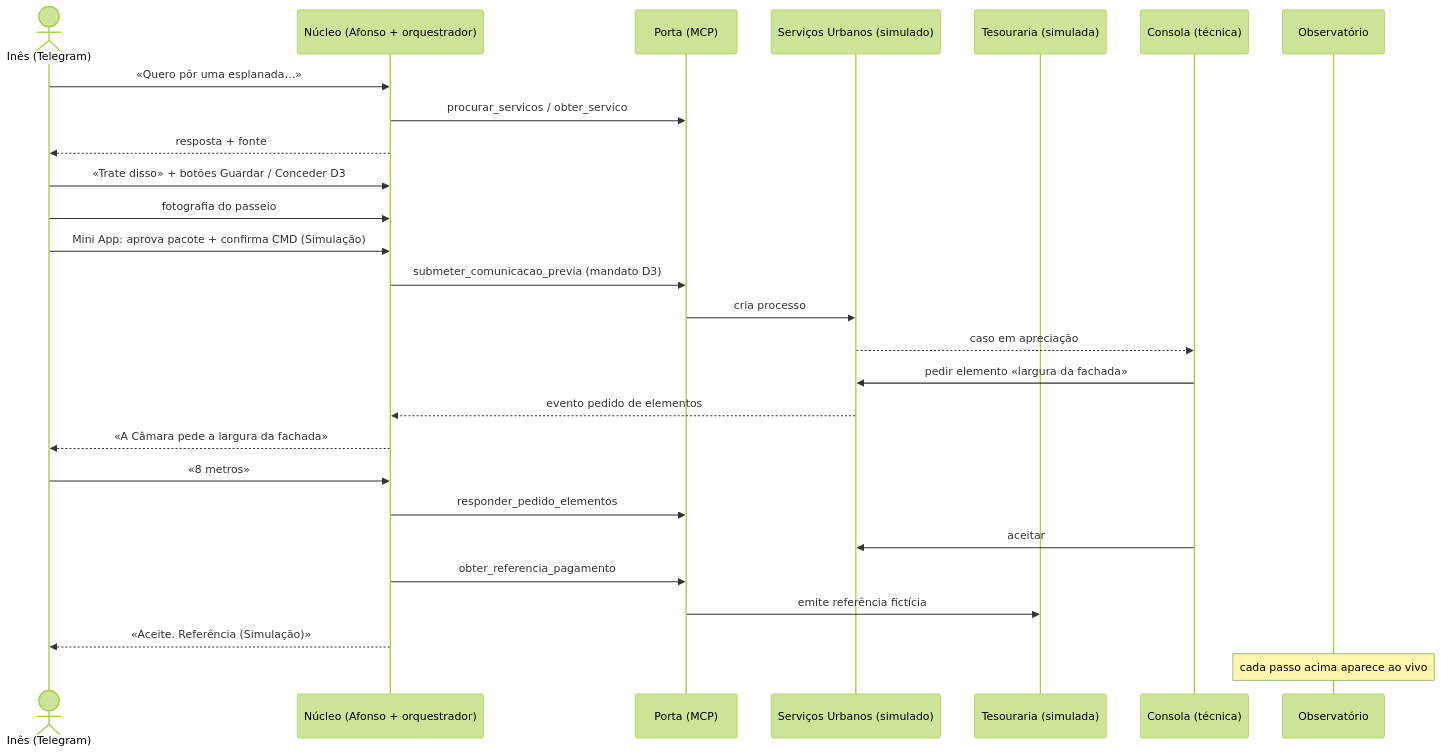
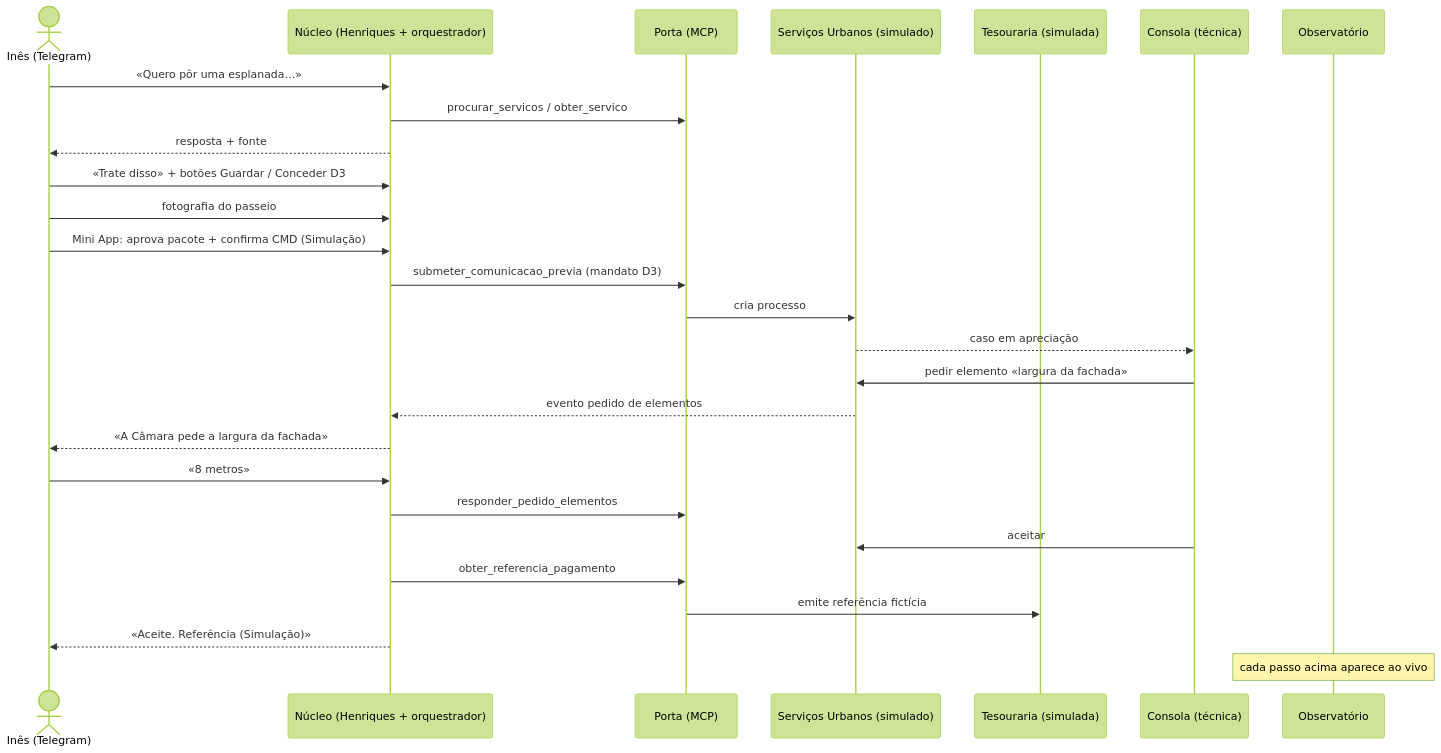
Before and after one commit to mhaddad/delegate: the second of 2 diagrams in specs/strategy/02-arquitetura-da-demo.md, drawn with Mermaid (forest theme). The commit also changed other lines of this file and 111 other files, not shown here.

First line of the commit message:
refactor: renomear o representante digital de Afonso para Henriques

````diff
--- a/specs/strategy/02-arquitetura-da-demo.md
+++ b/specs/strategy/02-arquitetura-da-demo.md
@@ -114,29 +114,29 @@
 ```mermaid
 sequenceDiagram
   actor I as Inês (Telegram)
-  participant N as Núcleo (Afonso + orquestrador)
+  participant N as Núcleo (Henriques + orquestrador)
   participant P as Porta (MCP)
   participant SU as Serviços Urbanos (simulado)
   participant T as Tesouraria (simulada)
   participant C as Consola (técnica)
   participant O as Observatório
   I->>N: «Quero pôr uma esplanada…»
   N->>P: procurar_servicos / obter_servico
   N-->>I: resposta + fonte
   I->>N: «Trate disso» + botões Guardar / Conceder D3
   I->>N: fotografia do passeio
   I->>N: Mini App: aprova pacote + confirma CMD (Simulação)
   N->>P: submeter_comunicacao_previa (mandato D3)
   P->>SU: cria processo
   SU-->>C: caso em apreciação
   C->>SU: pedir elemento «largura da fachada»
   SU-->>N: evento pedido de elementos
   N-->>I: «A Câmara pede a largura da fachada»
   I->>N: «8 metros»
   N->>P: responder_pedido_elementos
   C->>SU: aceitar
   N->>P: obter_referencia_pagamento
   P->>T: emite referência fictícia
   N-->>I: «Aceite. Referência (Simulação)»
   Note over O: cada passo acima aparece ao vivo
 ```
````
